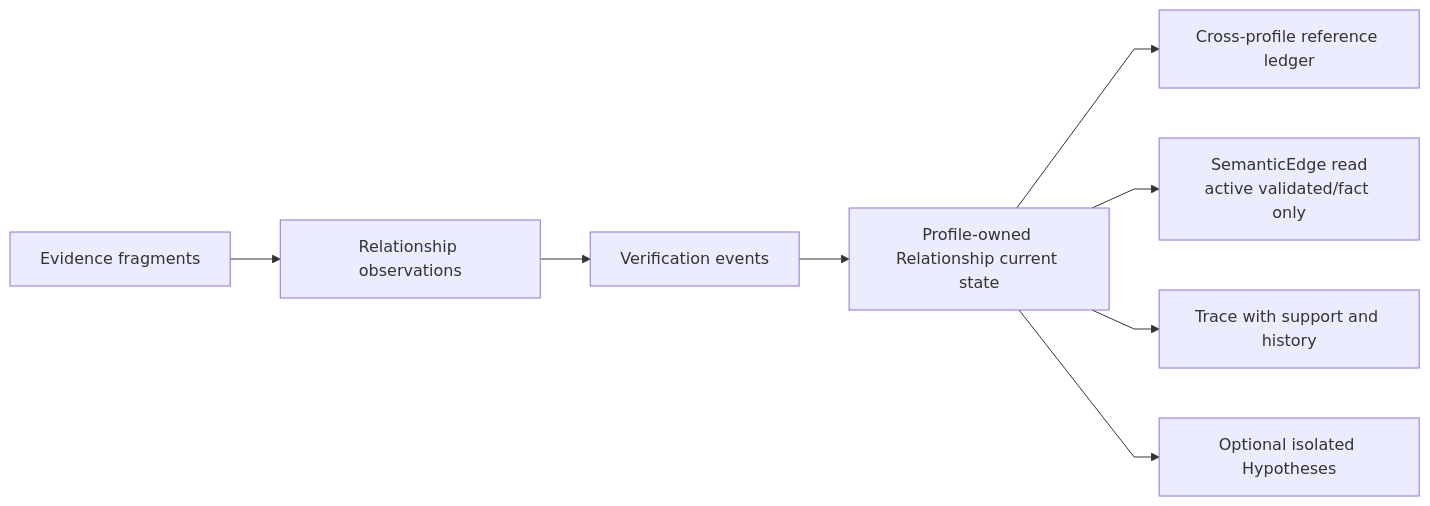
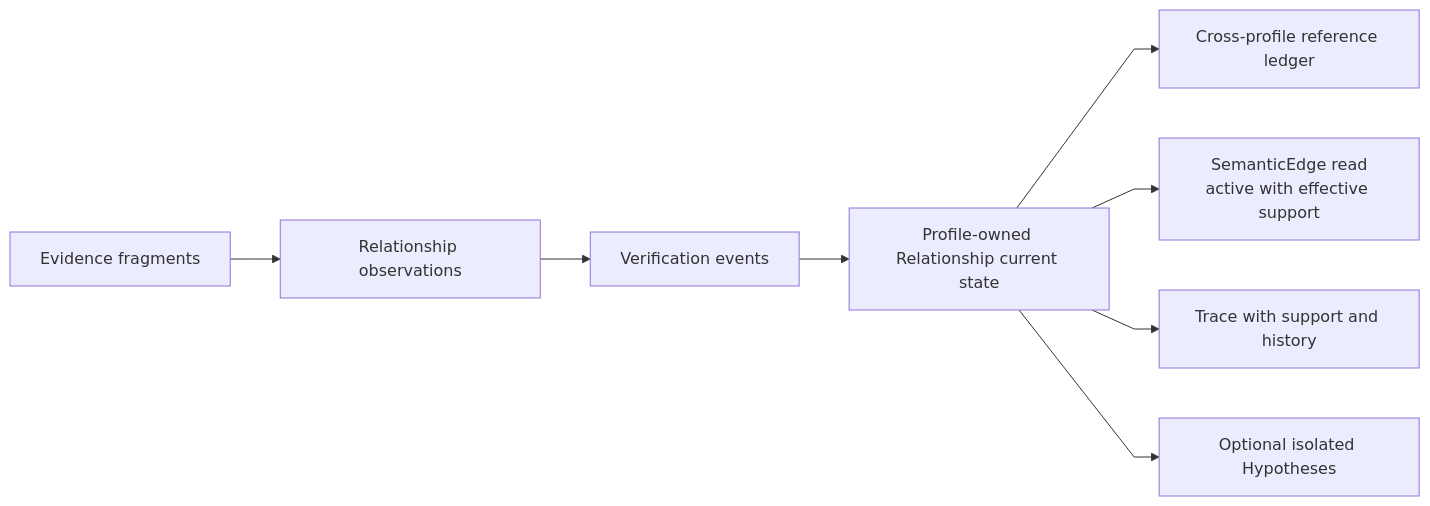
Before and after one commit to markhuangai/dense-mem: the fifth of 7 diagrams in Architecture.md, drawn with Mermaid. The commit also changed other lines of this file and 27 other files, not shown here.

Commit message:
Document tier-free Relationship architecture

````diff
--- a/Architecture.md
+++ b/Architecture.md
@@ -182,11 +182,11 @@
 ```mermaid
 %%{init: {"flowchart": {"curve": "linear"}}}%%
 flowchart LR
   Evidence["Evidence fragments"] --> Observation["Relationship observations"]
   Observation --> Verification["Verification events"]
   Verification --> Current["Profile-owned Relationship current state"]
   Current --> Cross["Cross-profile reference ledger"]
-  Current --> Edge["SemanticEdge read<br/>active validated/fact only"]
+  Current --> Edge["SemanticEdge read<br/>active with effective support"]
   Current --> Trace["Trace with support and history"]
   Current --> Dream["Optional isolated Hypotheses"]
 ```
````
